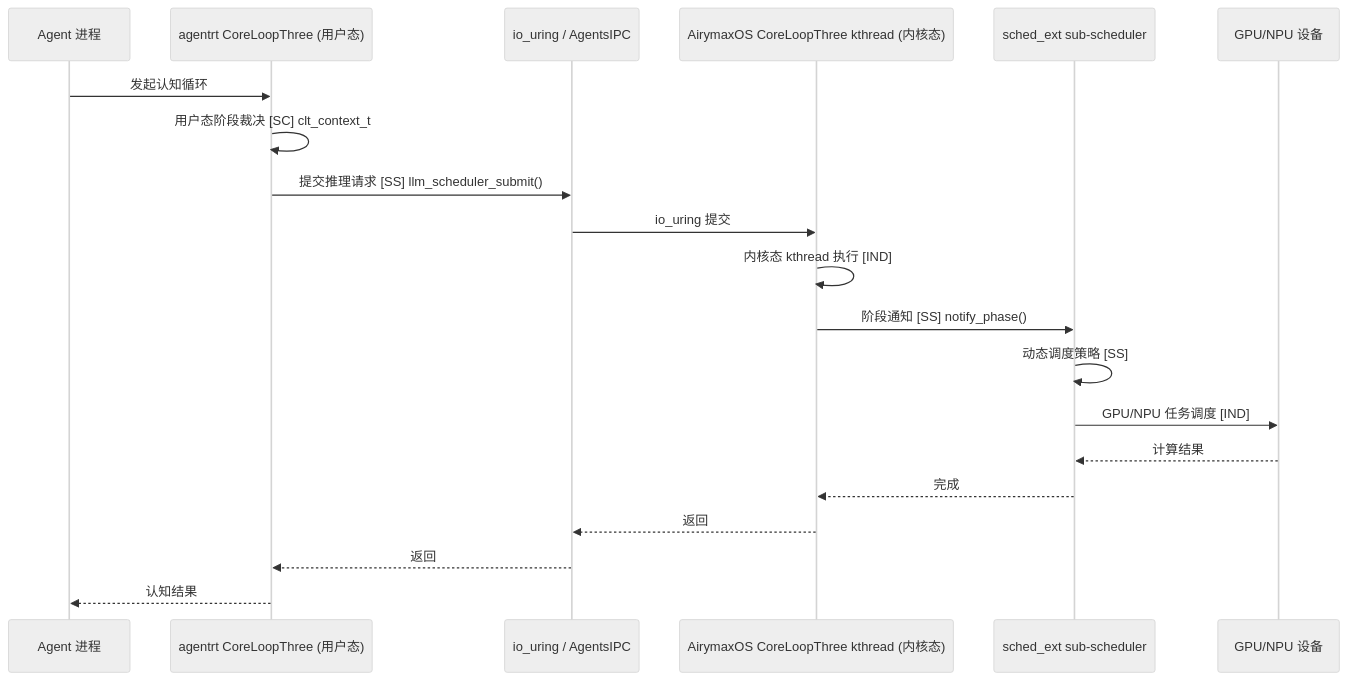
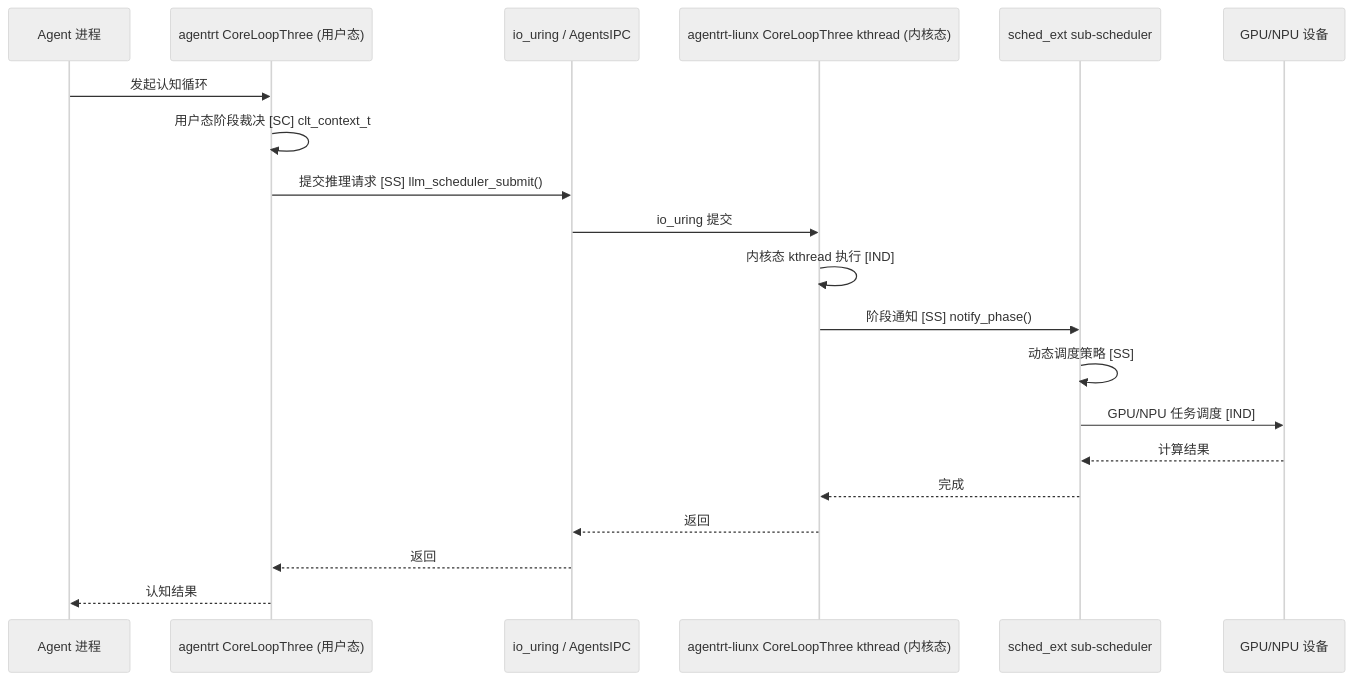
Before and after one commit to openairymax/docs: the diagram in AirymaxAgentOS/20-modules/05-cognition.md, drawn with Mermaid (neutral theme). The commit also changed other lines of this file and 99 other files, not shown here.

````diff
--- a/AirymaxAgentOS/20-modules/05-cognition.md
+++ b/AirymaxAgentOS/20-modules/05-cognition.md
@@ -432,23 +432,23 @@
 ```mermaid
 sequenceDiagram
     participant AGENT as Agent 进程
     participant CLT_U as agentrt CoreLoopThree (用户态)
     participant IPC as io_uring / AgentsIPC
-    participant CLT_K as AirymaxOS CoreLoopThree kthread (内核态)
+    participant CLT_K as agentrt-liunx CoreLoopThree kthread (内核态)
     participant SCHED as sched_ext sub-scheduler
     participant GPU as GPU/NPU 设备
 
     AGENT->>CLT_U: 发起认知循环
     CLT_U->>CLT_U: 用户态阶段裁决 [SC] clt_context_t
     CLT_U->>IPC: 提交推理请求 [SS] llm_scheduler_submit()
     IPC->>CLT_K: io_uring 提交
     CLT_K->>CLT_K: 内核态 kthread 执行 [IND]
     CLT_K->>SCHED: 阶段通知 [SS] notify_phase()
     SCHED->>SCHED: 动态调度策略 [SS]
     SCHED->>GPU: GPU/NPU 任务调度 [IND]
     GPU-->>SCHED: 计算结果
     SCHED-->>CLT_K: 完成
     CLT_K-->>IPC: 返回
     IPC-->>CLT_U: 返回
     CLT_U-->>AGENT: 认知结果
 ```
````
